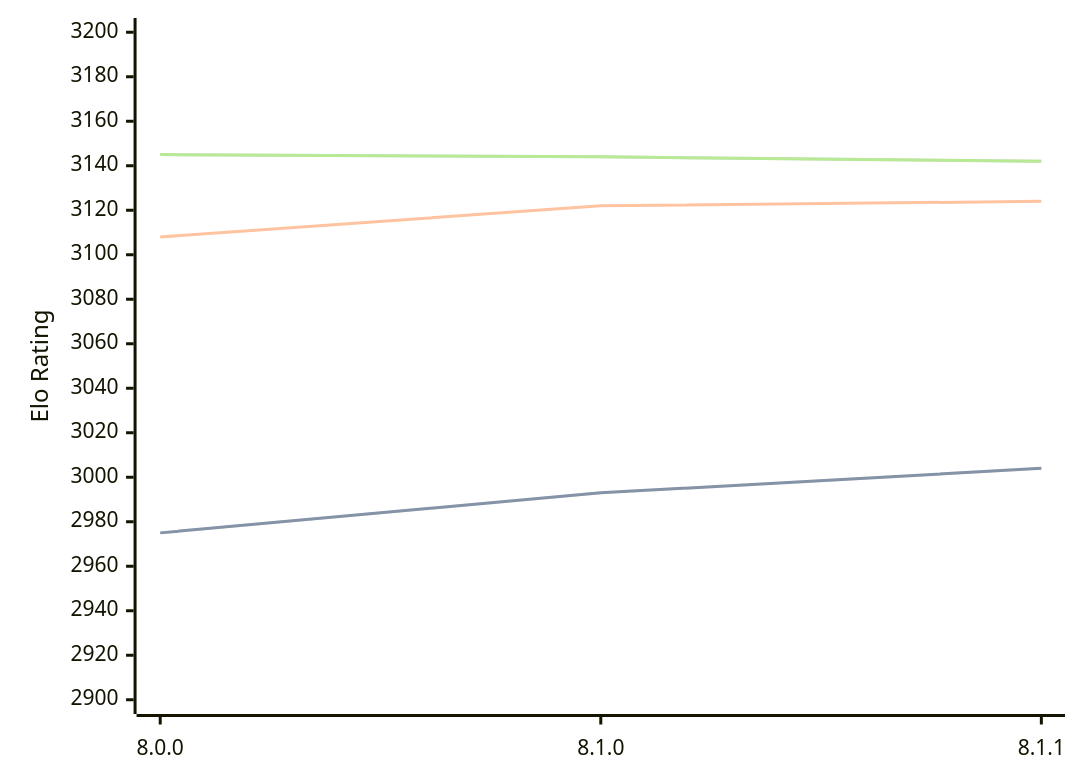
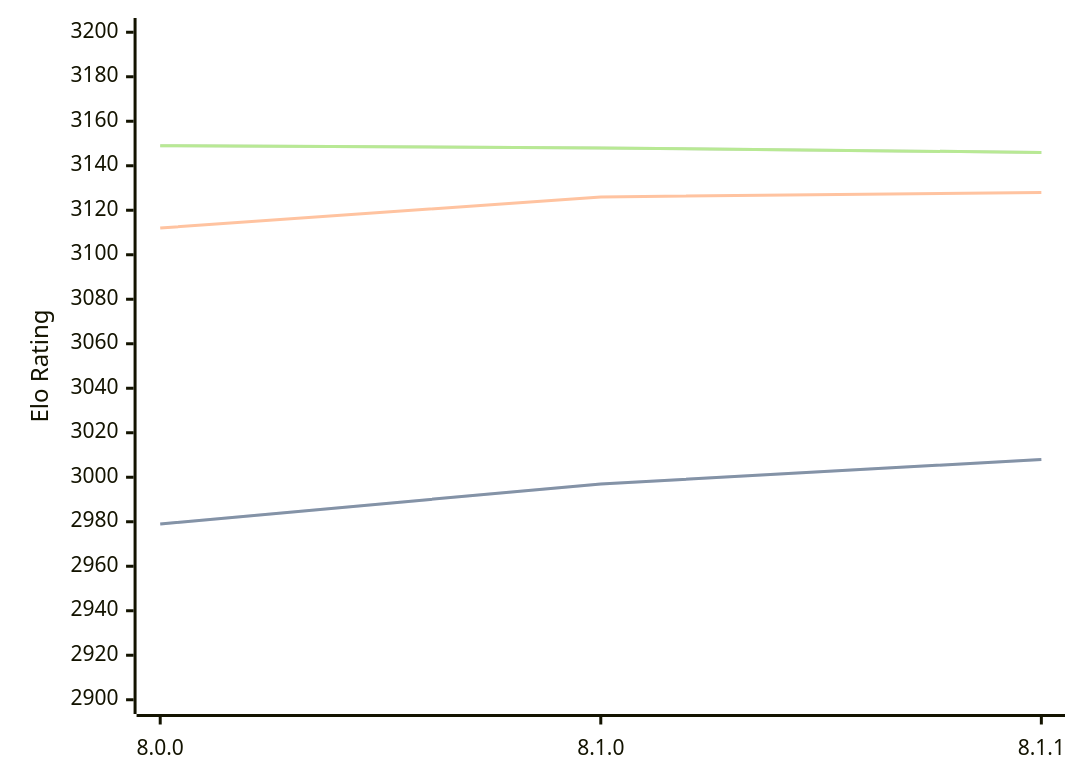
Before and after one commit to computer-chess-index/cci: the diagram in engines/Velvet.md, drawn with Mermaid. The commit also changed other lines of this file, not shown here.

Commit message:
Update CCI Ratings (ELO VLTC) - 2026-02-24

````diff
--- a/engines/Velvet.md
+++ b/engines/Velvet.md
@@ -54,11 +54,11 @@
 ```mermaid
 %%{init: {"theme":"base","themeVariables":{"seriesColors:['#a3a3a3','#222221','#faa371']}}}%%
 xychart-beta
   x-axis ["8.0.0", "8.1.0", "8.1.1"]
   y-axis "Elo Rating" 2900 --> 3200
-  line "STC (8.0+0.08s)" [2975, 2993, 3004]
-  line "STC (8.0+0.08s)" [2975, 2993, 3004]
-  line "LTC (60.0+0.60s)" [3108, 3122, 3124]
-  line "VLTC (2m24s+1.12s)" [3145, 3144, 3142]
-  line "VLTC (2m24s+1.12s)" [3145, 3144, 3142]
+  line "STC (8.0+0.08s)" [2979, 2997, 3008]
+  line "STC (8.0+0.08s)" [2979, 2997, 3008]
+  line "LTC (60.0+0.60s)" [3112, 3126, 3128]
+  line "VLTC (2m24s+1.12s)" [3149, 3148, 3146]
+  line "VLTC (2m24s+1.12s)" [3149, 3148, 3146]
 ```
````
